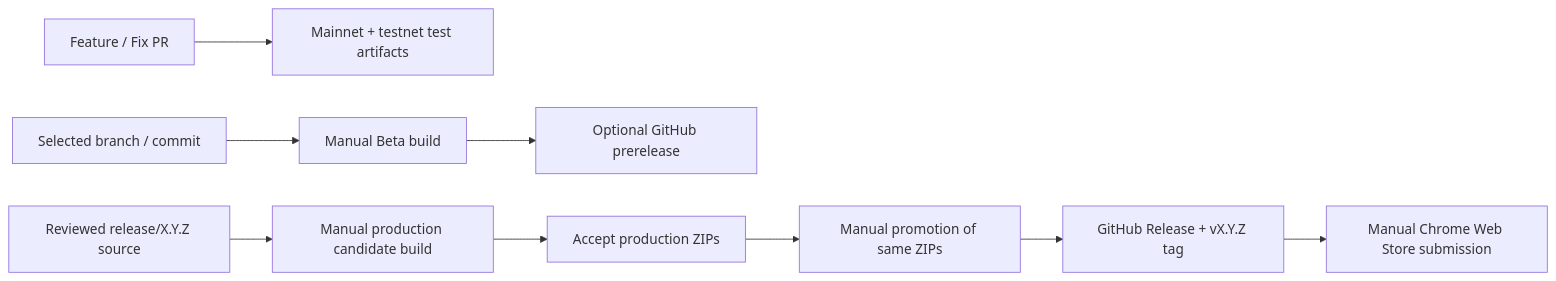
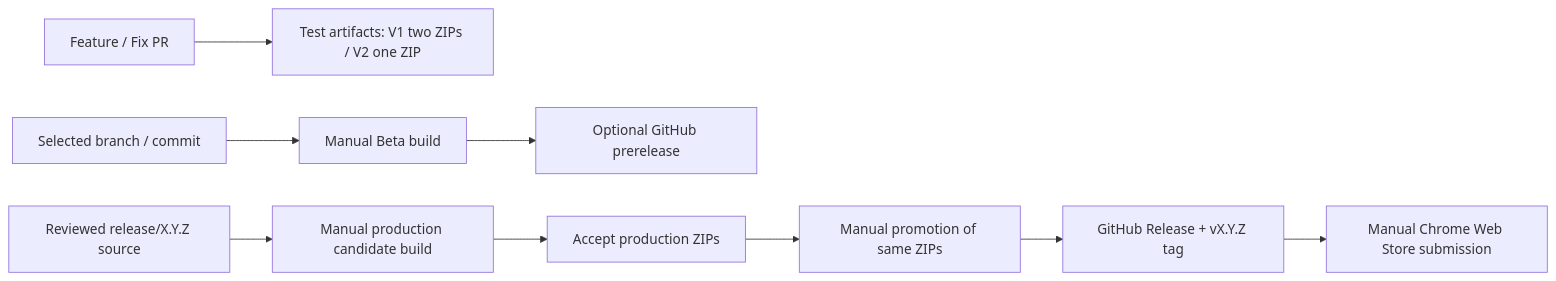
The diagram in docs/release-workflow.md (NoirWallet/noir-wallet), drawn with Mermaid before and after one commit. The commit also changed other lines of this file and 9 other files, not shown here.

````diff
--- a/docs/release-workflow.md
+++ b/docs/release-workflow.md
@@ -41,11 +42,11 @@
 ```mermaid
 flowchart LR
-  A["Feature / Fix PR"] --> B["Mainnet + testnet test artifacts"]
+  A["Feature / Fix PR"] --> B["Test artifacts: V1 two ZIPs / V2 one ZIP"]
   C["Selected branch / commit"] --> D["Manual Beta build"]
   D --> E["Optional GitHub prerelease"]
   F["Reviewed release/X.Y.Z source"] --> G["Manual production candidate build"]
   G --> H["Accept production ZIPs"]
   H --> I["Manual promotion of same ZIPs"]
   I --> J["GitHub Release + vX.Y.Z tag"]
   J --> K["Manual Chrome Web Store submission"]
 ```
````
